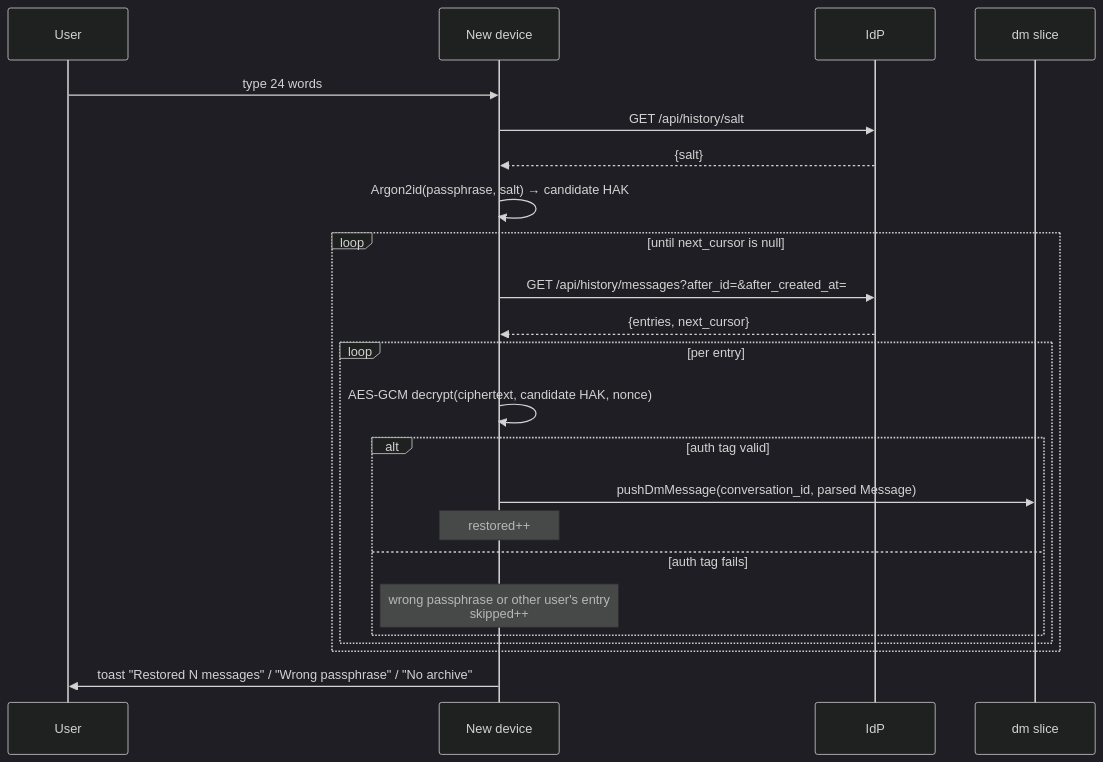
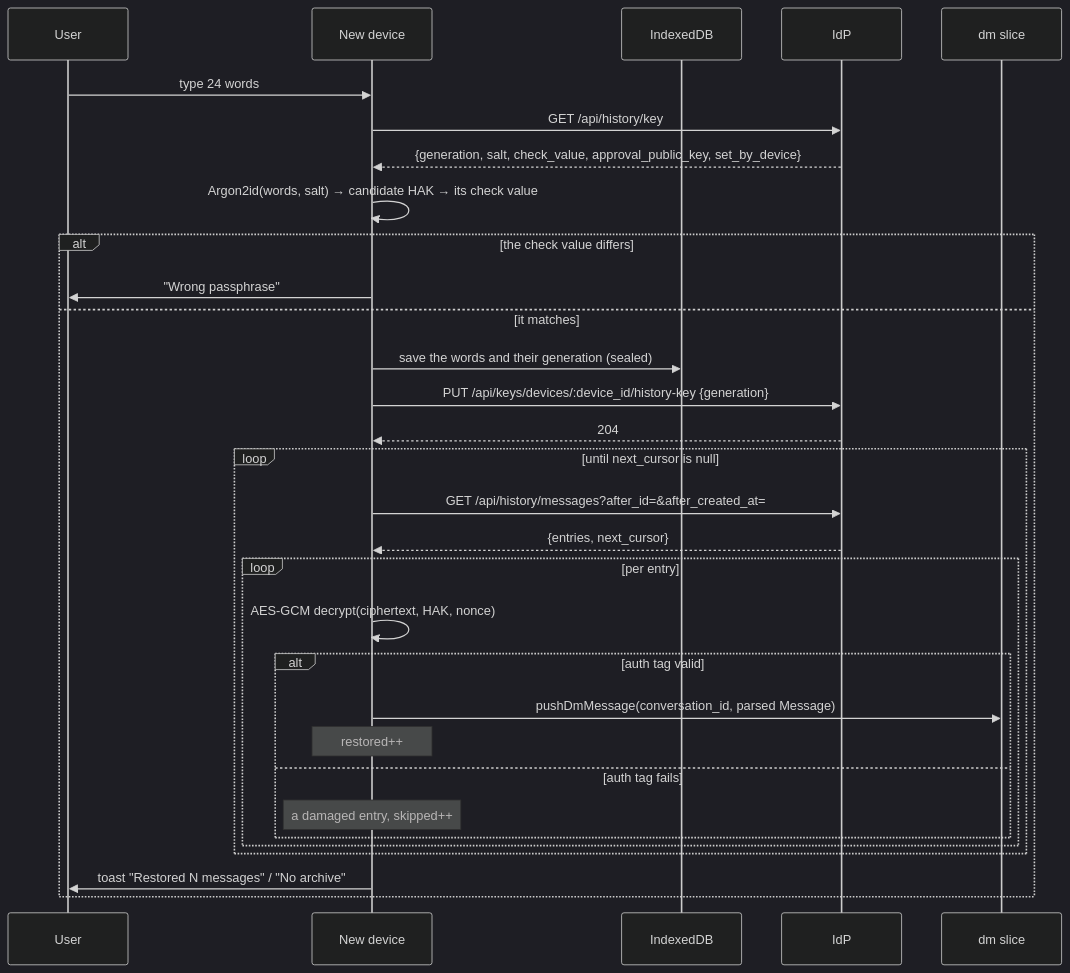
One commit to Pina-i/pinai changed the eighth of 14 diagrams in identity-provider/specs/e2ee.md. Above: the diagram before and after it, drawn with Mermaid (dark theme). The commit also changed other lines of this file and 40 other files, not shown here.

First line of the commit message:
feat(idp): give the history passphrase generations

````diff
--- a/identity-provider/specs/e2ee.md
+++ b/identity-provider/specs/e2ee.md
@@ -613,26 +687,34 @@
 ```mermaid
 sequenceDiagram
     participant U as User
     participant Web as New device
+    participant IDB as IndexedDB
     participant IdP
     participant Store as dm slice
 
     U->>Web: type 24 words
-    Web->>IdP: GET /api/history/salt
-    IdP-->>Web: {salt}
-    Web->>Web: Argon2id(passphrase, salt) → candidate HAK
-    loop until next_cursor is null
-        Web->>IdP: GET /api/history/messages?after_id=&after_created_at=
-        IdP-->>Web: {entries, next_cursor}
-        loop per entry
-            Web->>Web: AES-GCM decrypt(ciphertext, candidate HAK, nonce)
-            alt auth tag valid
-                Web->>Store: pushDmMessage(conversation_id, parsed Message)
-                Note over Web: restored++
-            else auth tag fails
-                Note over Web: wrong passphrase or other user's entry<br/>skipped++
+    Web->>IdP: GET /api/history/key
+    IdP-->>Web: {generation, salt, check_value, approval_public_key, set_by_device}
+    Web->>Web: Argon2id(words, salt) → candidate HAK → its check value
+    alt the check value differs
+        Web->>U: "Wrong passphrase"
+    else it matches
+        Web->>IDB: save the words and their generation (sealed)
+        Web->>IdP: PUT /api/keys/devices/:device_id/history-key {generation}
+        IdP-->>Web: 204
+        loop until next_cursor is null
+            Web->>IdP: GET /api/history/messages?after_id=&after_created_at=
+            IdP-->>Web: {entries, next_cursor}
+            loop per entry
+                Web->>Web: AES-GCM decrypt(ciphertext, HAK, nonce)
+                alt auth tag valid
+                    Web->>Store: pushDmMessage(conversation_id, parsed Message)
+                    Note over Web: restored++
+                else auth tag fails
+                    Note over Web: a damaged entry, skipped++
+                end
             end
         end
+        Web->>U: toast "Restored N messages" / "No archive"
     end
-    Web->>U: toast "Restored N messages" / "Wrong passphrase" / "No archive"
 ```
````
